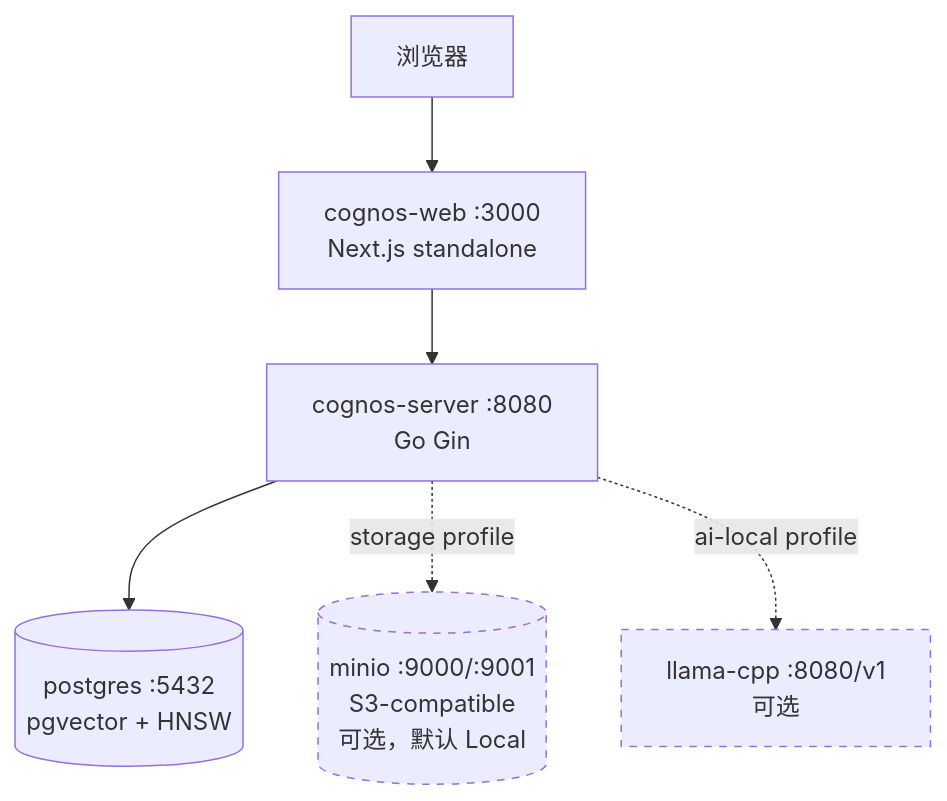
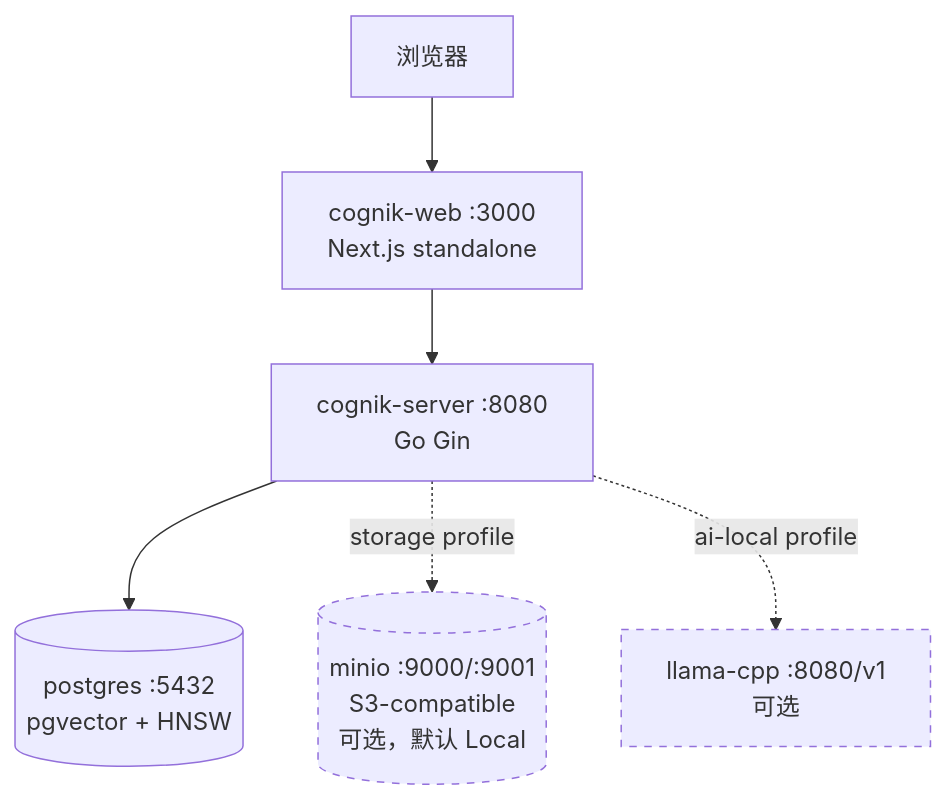
One commit to int2t05/Cognik changed the second of 6 diagrams in docs/PRD.md. Above: the diagram before and after it, drawn with Mermaid. The commit also changed other lines of this file and 192 other files, not shown here.

First line of the commit message:
rename: Cognos → Cognik（全量改名，消除 IBM Cognos 命名冲突）

````diff
--- a/docs/PRD.md
+++ b/docs/PRD.md
@@ -46,11 +46,11 @@
 ```mermaid
 flowchart TD
-    Client["浏览器"] --> Web["cognos-web :3000<br/>Next.js standalone"]
-    Web --> Server["cognos-server :8080<br/>Go Gin"]
+    Client["浏览器"] --> Web["cognik-web :3000<br/>Next.js standalone"]
+    Web --> Server["cognik-server :8080<br/>Go Gin"]
     Server --> Postgres[("postgres :5432<br/>pgvector + HNSW")]
     Server -.->|storage profile| Minio[("minio :9000/:9001<br/>S3-compatible<br/>可选，默认 Local")]
     Server -.->|ai-local profile| LlamaCpp["llama-cpp :8080/v1<br/>可选"]
 
     style Minio stroke-dasharray: 5 5
     style LlamaCpp stroke-dasharray: 5 5
 ```
````
